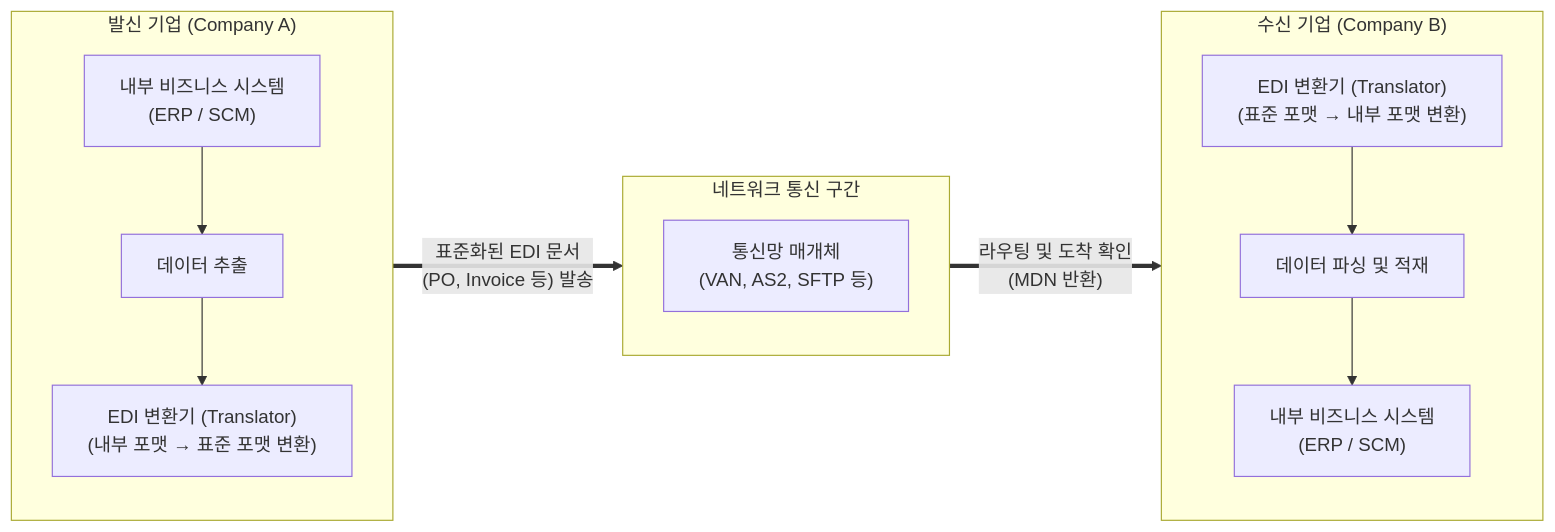
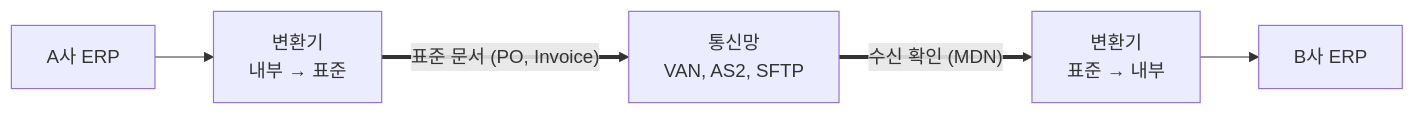
Before and after one commit to supremethumb/supremethumb.github.io: the diagram in content/01_IT Tech/EDI.md, drawn with Mermaid. The commit also changed other lines of this file and 1087 other files, not shown here.

````diff
--- a/content/01_IT Tech/EDI.md
+++ b/content/01_IT Tech/EDI.md
@@ -27,31 +35,7 @@
 ```mermaid
 flowchart LR
-    subgraph 발신기업["발신 기업 (Company A)"]
-        direction TB
-        ERP_A["내부 비즈니스 시스템<br/>(ERP / SCM)"]
-        Extract_A["데이터 추출"]
-        Trans_A["EDI 변환기 (Translator)<br/>(내부 포맷 → 표준 포맷 변환)"]
-        
-        ERP_A --> Extract_A
-        Extract_A --> Trans_A
-    end
-
-    subgraph 통신망["네트워크 통신 구간"]
-        direction TB
-        Network["통신망 매개체<br/>(VAN, AS2, SFTP 등)"]
-    end
-
-    subgraph 수신기업["수신 기업 (Company B)"]
-        direction TB
-        Trans_B["EDI 변환기 (Translator)<br/>(표준 포맷 → 내부 포맷 변환)"]
-        Integrate_B["데이터 파싱 및 적재"]
-        ERP_B["내부 비즈니스 시스템<br/>(ERP / SCM)"]
-        
-        Trans_B --> Integrate_B
-        Integrate_B --> ERP_B
-    end
-
-    Trans_A == "표준화된 EDI 문서<br/>(PO, Invoice 등) 발송" ==> Network
-    Network == "라우팅 및 도착 확인<br/>(MDN 반환)" ==> Trans_B
-
+    A["A사 ERP"] --> TA["변환기<br/>내부 → 표준"]
+    TA ==>|"표준 문서 (PO, Invoice)"| N["통신망<br/>VAN, AS2, SFTP"]
+    N ==>|"수신 확인 (MDN)"| TB["변환기<br/>표준 → 내부"]
+    TB --> B["B사 ERP"]
 ```
````
